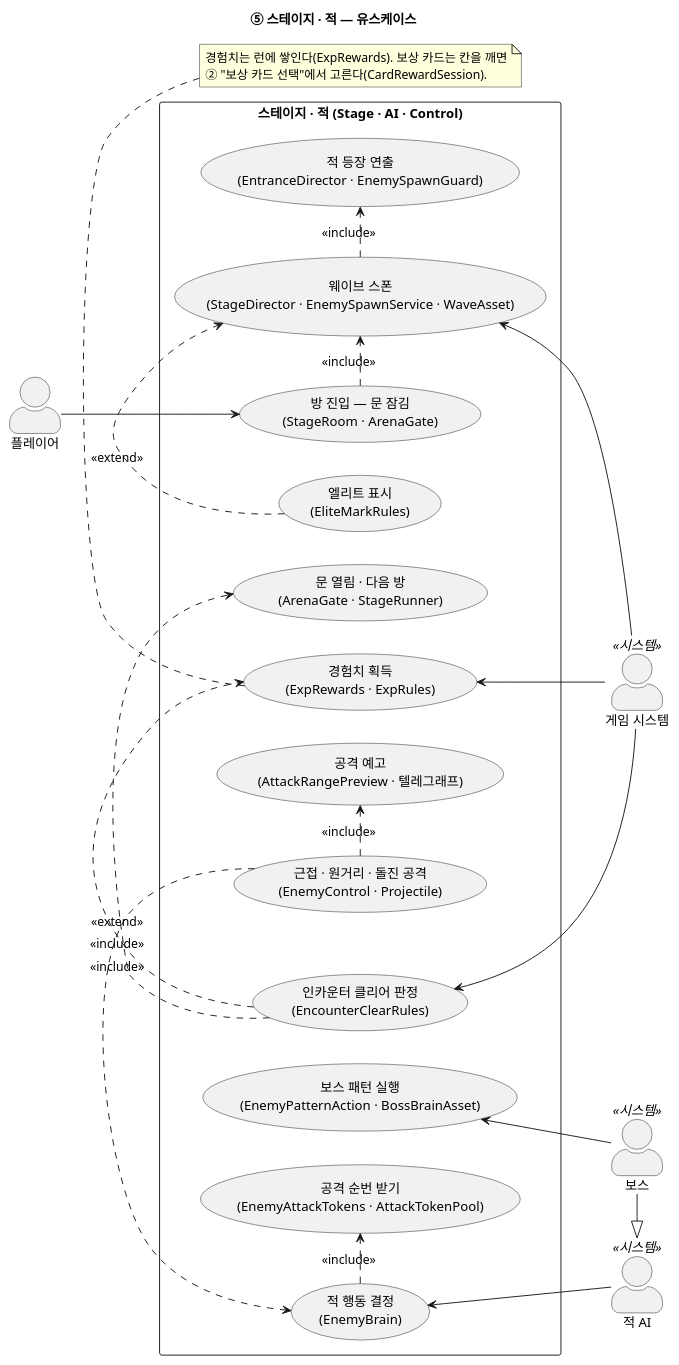
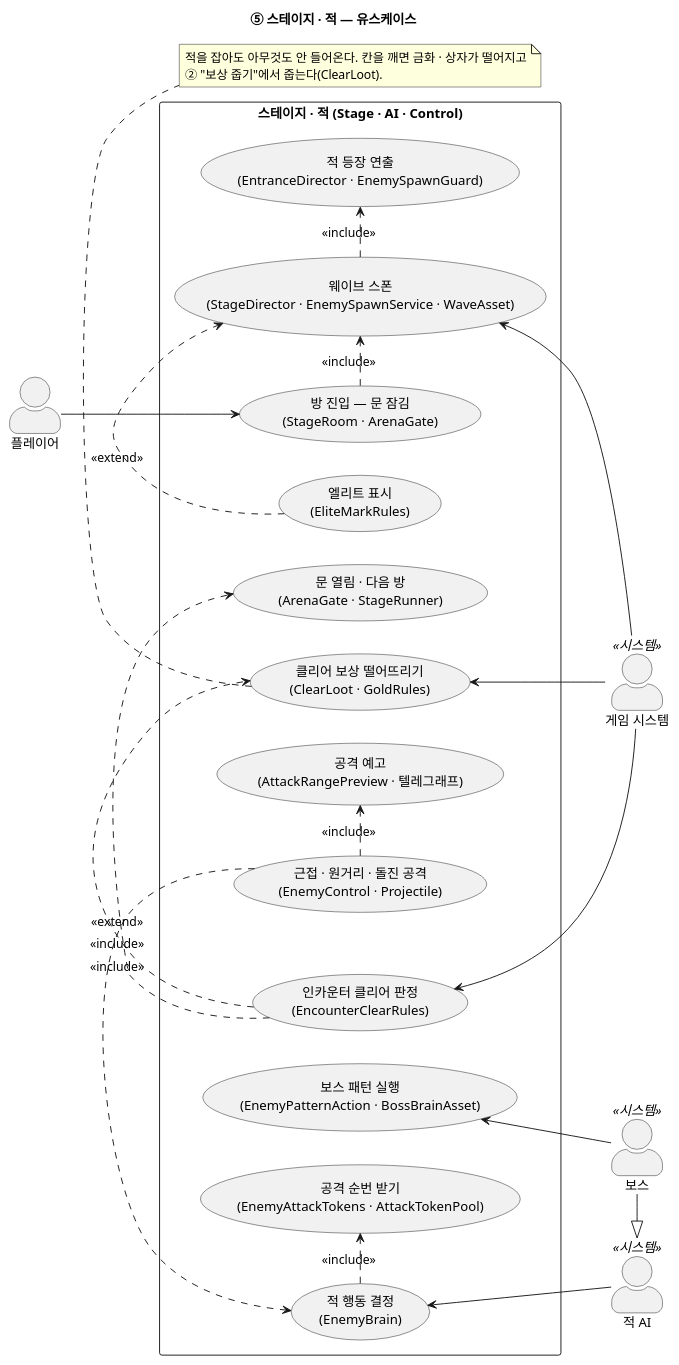
The diagram in docs/uml/usecase-05-Stage.puml (jukanmi/Prototype), drawn with PlantUML before and after one commit. The commit also changed 114 other files, not shown here.

```diff
--- a/docs/uml/usecase-05-Stage.puml
+++ b/docs/uml/usecase-05-Stage.puml
@@ -1,52 +1,52 @@
 @startuml usecase-05-Stage
-' ⑤ 스테이지 · 적 — 웨이브 · 적 행동 · 클리어 · 경험치
+' ⑤ 스테이지 · 적 — 웨이브 · 적 행동 · 클리어 · 보상
 title ⑤ 스테이지 · 적 — 유스케이스
 
 left to right direction
 skinparam shadowing false
 skinparam actorStyle awesome
 
 actor "플레이어" as Player
 actor "적 AI" as EnemyAI <<시스템>>
 actor "보스" as Boss <<시스템>>
 actor "게임 시스템" as GameSys <<시스템>>
 Boss -|> EnemyAI
 
 rectangle "스테이지 · 적 (Stage · AI · Control)" {
   usecase "방 진입 — 문 잠김\n(StageRoom · ArenaGate)" as UC_Enter
   usecase "웨이브 스폰\n(StageDirector · EnemySpawnService · WaveAsset)" as UC_Spawn
   usecase "적 등장 연출\n(EntranceDirector · EnemySpawnGuard)" as UC_Entrance
   usecase "엘리트 표시\n(EliteMarkRules)" as UC_Elite
   usecase "적 행동 결정\n(EnemyBrain)" as UC_Brain
   usecase "공격 순번 받기\n(EnemyAttackTokens · AttackTokenPool)" as UC_Token
   usecase "근접 · 원거리 · 돌진 공격\n(EnemyControl · Projectile)" as UC_Attack
   usecase "공격 예고\n(AttackRangePreview · 텔레그래프)" as UC_Telegraph
   usecase "보스 패턴 실행\n(EnemyPatternAction · BossBrainAsset)" as UC_Pattern
   usecase "인카운터 클리어 판정\n(EncounterClearRules)" as UC_Clear
   usecase "문 열림 · 다음 방\n(ArenaGate · StageRunner)" as UC_Open
-  usecase "경험치 획득\n(ExpRewards · ExpRules)" as UC_Exp
+  usecase "클리어 보상 떨어뜨리기\n(ClearLoot · GoldRules)" as UC_Exp
 }
 
 Player --> UC_Enter
 
 UC_Enter .> UC_Spawn : <<include>>
 UC_Spawn .> UC_Entrance : <<include>>
 UC_Elite .> UC_Spawn : <<extend>>
 
 UC_Brain <-- EnemyAI
 UC_Brain .> UC_Token : <<include>>
 UC_Attack .> UC_Brain : <<extend>>
 UC_Attack .> UC_Telegraph : <<include>>
 UC_Pattern <-- Boss
 
 UC_Spawn <-- GameSys
 UC_Clear <-- GameSys
 UC_Exp <-- GameSys
 UC_Clear .> UC_Open : <<include>>
 UC_Clear .> UC_Exp : <<include>>
 
 note bottom of UC_Exp
-  경험치는 런에 쌓인다(ExpRewards). 보상 카드는 칸을 깨면
-  ② "보상 카드 선택"에서 고른다(CardRewardSession).
+  적을 잡아도 아무것도 안 들어온다. 칸을 깨면 금화 · 상자가 떨어지고
+  ② "보상 줍기"에서 줍는다(ClearLoot).
 end note
 @enduml
```
